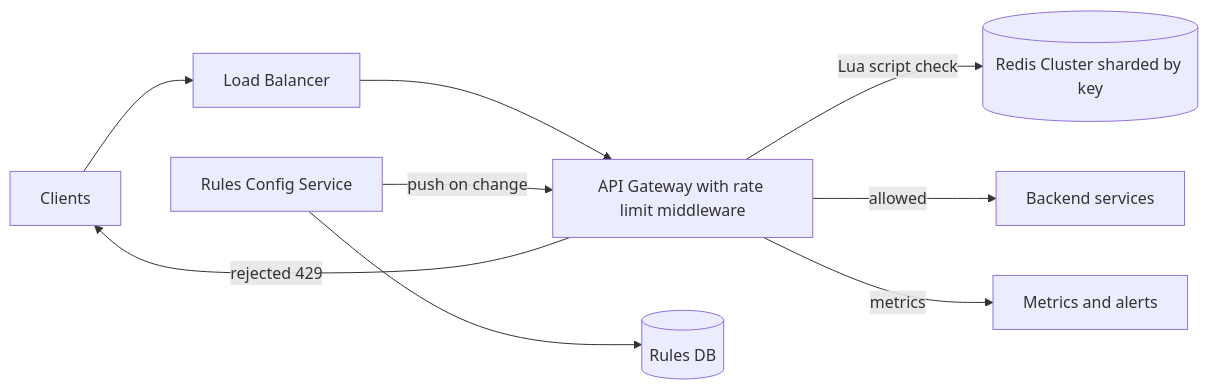
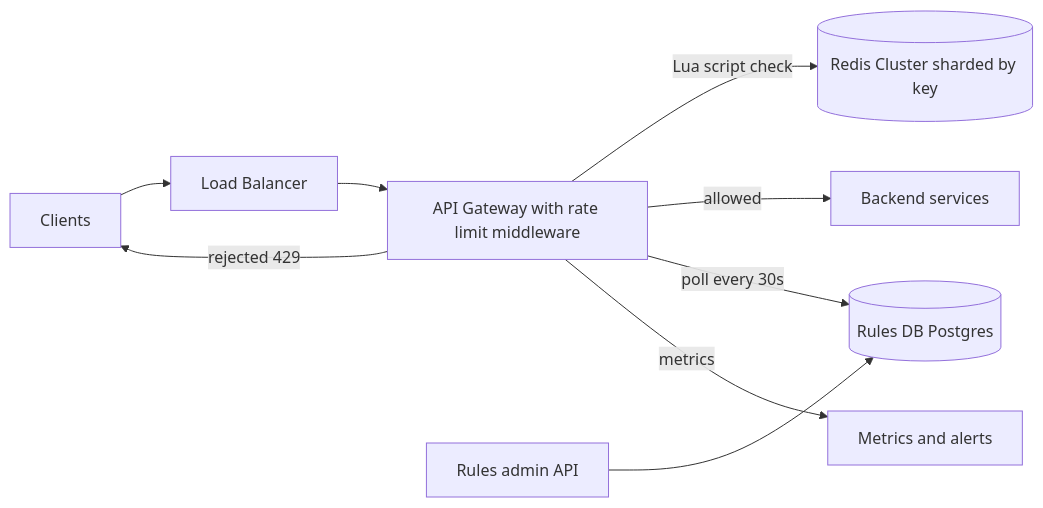
One commit to flow6979/system-design-prep changed the first of 2 diagrams in content-en/02-questions/t1-02-rate-limiter.md. Above: the diagram before and after it, drawn with Mermaid. The commit also changed other lines of this file and 61 other files, not shown here.

````diff
--- a/content-en/02-questions/t1-02-rate-limiter.md
+++ b/content-en/02-questions/t1-02-rate-limiter.md
@@ -87,11 +91,11 @@
 ```mermaid
 flowchart LR
   C["Clients"] --> LB["Load Balancer"]
   LB --> G["API Gateway with rate limit middleware"]
   G -- "Lua script check" --> RC[("Redis Cluster sharded by key")]
   G -- "allowed" --> S["Backend services"]
   G -- "rejected 429" --> C
-  RS["Rules Config Service"] --> RDB[("Rules DB")]
-  RS -- "push on change" --> G
+  AD["Rules admin API"] --> RDB[("Rules DB Postgres")]
+  G -- "poll every 30s" --> RDB
   G -- "metrics" --> M["Metrics and alerts"]
 ```
````
